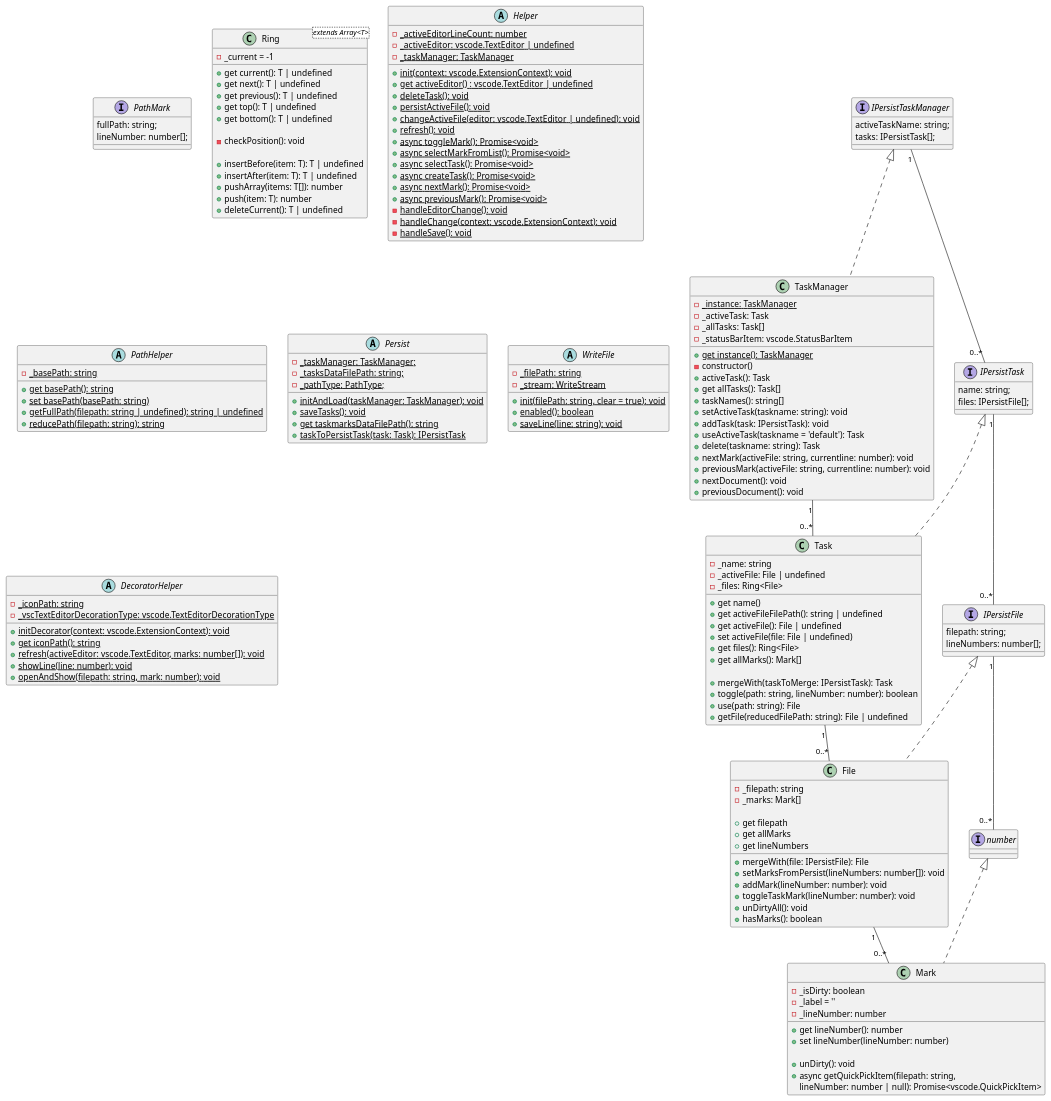
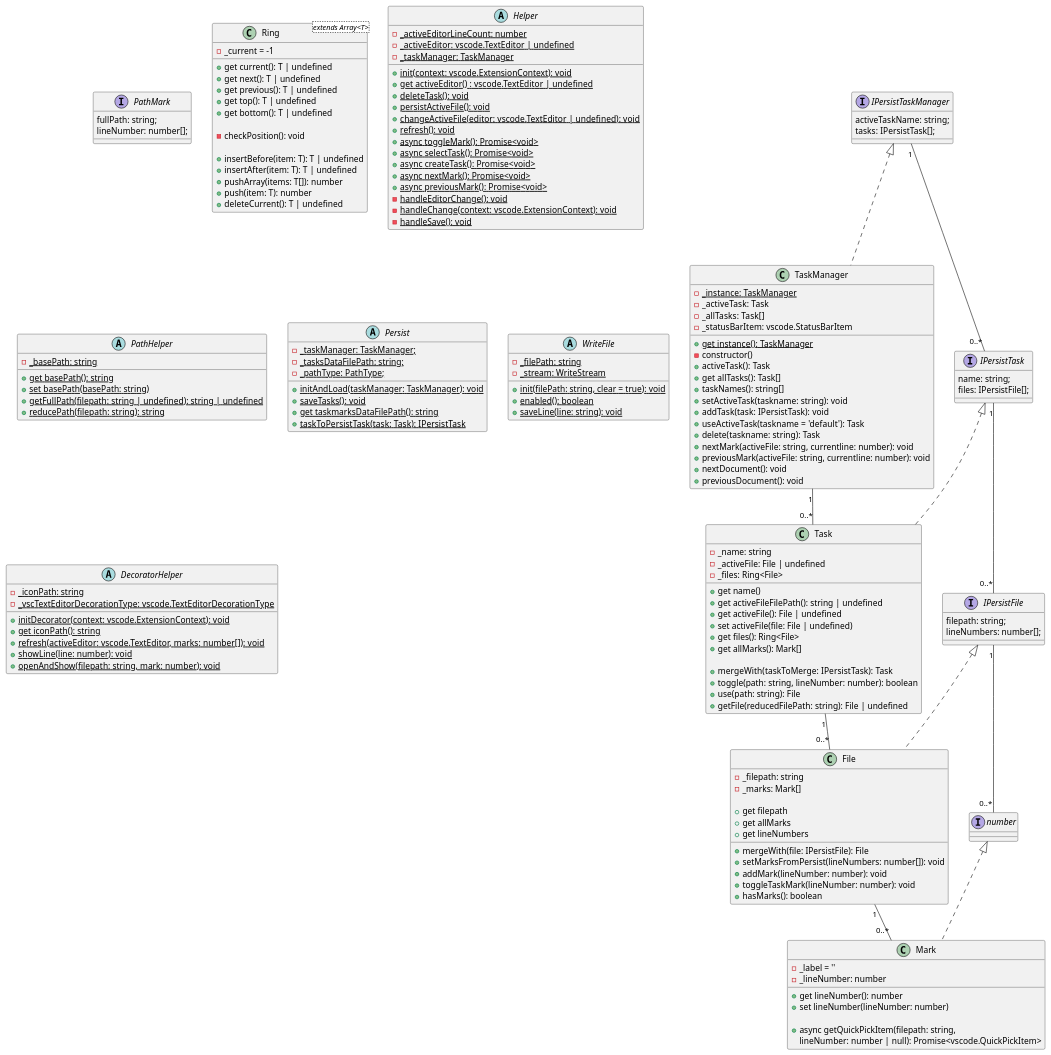
One commit to norbertK/taskmarks changed the diagram in docu/inMemory.puml. Above: the diagram before and after it, drawn with PlantUML. The commit also changed 16 other files, not shown here.

```diff
--- a/docu/inMemory.puml
+++ b/docu/inMemory.puml
@@ -3,186 +3,182 @@
 @startuml
 
 
 class TaskManager {
     -{static}_instance: TaskManager
     +{static}get instance(): TaskManager
     -constructor()
  -_activeTask: Task
  -_allTasks: Task[]
  -_statusBarItem: vscode.StatusBarItem
 
  +activeTask(): Task
  +get allTasks(): Task[]
  +taskNames(): string[]
  +setActiveTask(taskname: string): void
  +addTask(task: IPersistTask): void
  +useActiveTask(taskname = 'default'): Task
  +delete(taskname: string): Task
  +nextMark(activeFile: string, currentline: number): void
  +previousMark(activeFile: string, currentline: number): void
  +nextDocument(): void
  +previousDocument(): void
 }
 
 class Task {
  -_name: string
  -_activeFile: File | undefined
  -_files: Ring<File>
 
  +get name()
  +get activeFileFilePath(): string | undefined
  +get activeFile(): File | undefined
  +set activeFile(file: File | undefined)
  +get files(): Ring<File>
  +get allMarks(): Mark[] 
 
  +mergeWith(taskToMerge: IPersistTask): Task
  +toggle(path: string, lineNumber: number): boolean
  +use(path: string): File
  +getFile(reducedFilePath: string): File | undefined
 }
 
 class File {
  -_filepath: string
  -_marks: Mark[]
 
  +get filepath
  +get allMarks
  +get lineNumbers
 
  +mergeWith(file: IPersistFile): File
  +setMarksFromPersist(lineNumbers: number[]): void
  +addMark(lineNumber: number): void
  +toggleTaskMark(lineNumber: number): void
- +unDirtyAll(): void
  +hasMarks(): boolean
 }
 
 class Mark {
- -_isDirty: boolean
  -_label = ''
  -_lineNumber: number
 
  +get lineNumber(): number
  +set lineNumber(lineNumber: number)
 
- +unDirty(): void
  +async getQuickPickItem(filepath: string,
     lineNumber: number | null): Promise<vscode.QuickPickItem>
 }
 
 TaskManager "1" -- "0..*" Task
 Task "1" -- "0..*" File
 File "1" -- "0..*" Mark
 
 
 interface IPersistTaskManager {
   activeTaskName: string;
   tasks: IPersistTask[];
 }
 
 interface IPersistTask {
   name: string;
   files: IPersistFile[];
 }
 
 interface IPersistFile {
   filepath: string;
   lineNumbers: number[];
 }
 interface number {
 }
 
 interface PathMark {
   fullPath: string;
   lineNumber: number[];
 }
 
 IPersistTaskManager "1" -- "0..*" IPersistTask
 IPersistTask "1" -- "0..*" IPersistFile
 IPersistFile "1" -- "0..*" number
 
 
 IPersistTaskManager <|.. TaskManager
 IPersistTask <|.. Task
 IPersistFile <|.. File
 number <|.. Mark
 
 class Ring<extends Array<T>> {
     -_current = -1
 
     +get current(): T | undefined
     +get next(): T | undefined
     +get previous(): T | undefined
     +get top(): T | undefined
     +get bottom(): T | undefined
     
     -checkPosition(): void
 
     +insertBefore(item: T): T | undefined
     +insertAfter(item: T): T | undefined
     +pushArray(items: T[]): number
     +push(item: T): number
     +deleteCurrent(): T | undefined
 
 
 }
 
 abstract class Helper{
     -{static}_activeEditorLineCount: number
     -{static}_activeEditor: vscode.TextEditor | undefined
     -{static}_taskManager: TaskManager
     +{static}init(context: vscode.ExtensionContext): void
     +{static}get activeEditor() : vscode.TextEditor | undefined
     +{static}deleteTask(): void
     +{static}persistActiveFile(): void
     +{static}changeActiveFile(editor: vscode.TextEditor | undefined): void
     +{static}refresh(): void
     +{static}async toggleMark(): Promise<void>
-    +{static}async selectMarkFromList(): Promise<void>
     +{static}async selectTask(): Promise<void>
     +{static}async createTask(): Promise<void>
     +{static}async nextMark(): Promise<void>
     +{static}async previousMark(): Promise<void>
     -{static}handleEditorChange(): void
     -{static}handleChange(context: vscode.ExtensionContext): void
     -{static}handleSave(): void
 }
 
 abstract class PathHelper{
     -{static}_basePath: string
     +{static}get basePath(): string
     +{static}set basePath(basePath: string)
     +{static}getFullPath(filepath: string | undefined): string | undefined
     +{static}reducePath(filepath: string): string
 }
 
 abstract class Persist{
     -{static}_taskManager: TaskManager;
     -{static}_tasksDataFilePath: string;
     -{static}_pathType: PathType;
     +{static}initAndLoad(taskManager: TaskManager): void
     +{static}saveTasks(): void
     +{static}get taskmarksDataFilePath(): string
     +{static}taskToPersistTask(task: Task): IPersistTask
 }
 
 abstract class WriteFile{
     -{static}_filePath: string
     -{static}_stream: WriteStream
     +{static}init(filePath: string, clear = true): void
     +{static}enabled(): boolean
     +{static}saveLine(line: string): void
 }
 
 abstract class DecoratorHelper{
     -{static}_iconPath: string
     -{static}_vscTextEditorDecorationType: vscode.TextEditorDecorationType
     +{static}initDecorator(context: vscode.ExtensionContext): void
     +{static}get iconPath(): string
     +{static}refresh(activeEditor: vscode.TextEditor, marks: number[]): void
     +{static}showLine(line: number): void
     +{static}openAndShow(filepath: string, mark: number): void
 }
 
 @enduml
```
